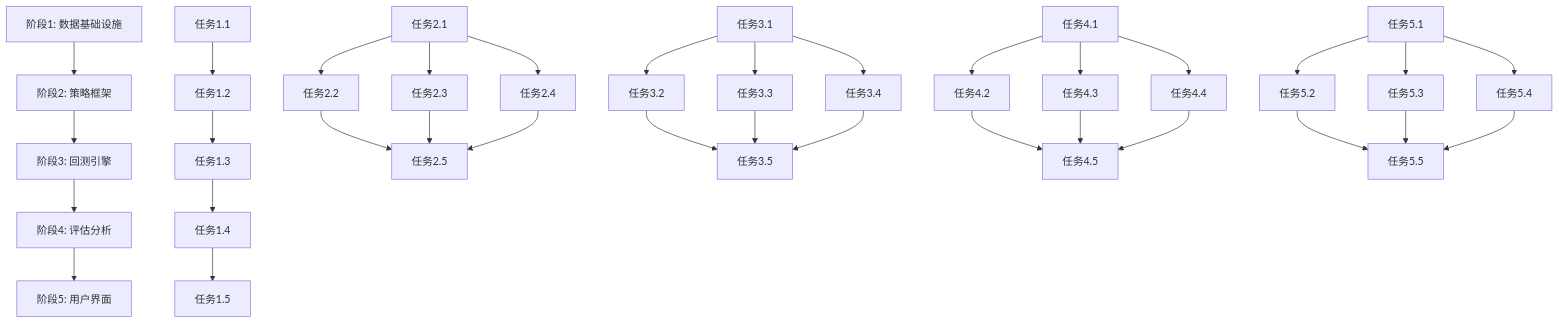
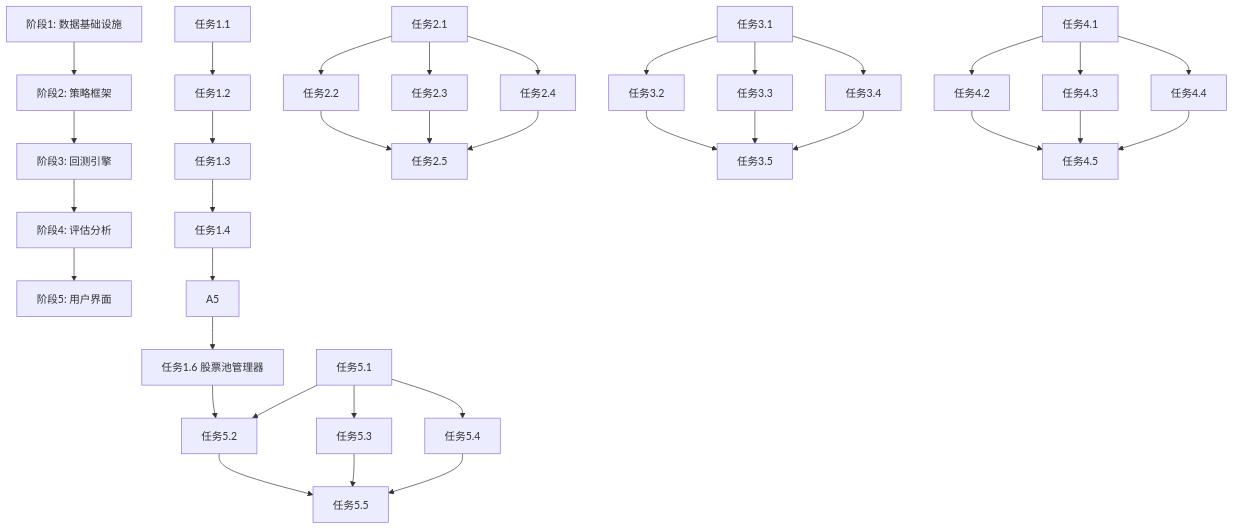
Before and after one commit to miisc/stock-dev: the diagram in doc/tasks.md, drawn with Mermaid. The commit also changed other lines of this file and 11 other files, not shown here.

````diff
--- a/doc/tasks.md
+++ b/doc/tasks.md
@@ -491,40 +526,42 @@
 ```mermaid
 graph TD
     A[阶段1: 数据基础设施] --> B[阶段2: 策略框架]
     B --> C[阶段3: 回测引擎]
     C --> D[阶段4: 评估分析]
     D --> E[阶段5: 用户界面]
     
     A1[任务1.1] --> A2[任务1.2]
     A2 --> A3[任务1.3]
     A3 --> A4[任务1.4]
-    A4 --> A5[任务1.5]
+    A4 --> A5
+    A5 --> A6[任务1.6 股票池管理器]
+    A6 --> E2[任务1.5]
     
     B1[任务2.1] --> B2[任务2.2]
     B1 --> B3[任务2.3]
     B1 --> B4[任务2.4]
     B2 --> B5[任务2.5]
     B3 --> B5
     B4 --> B5
     
     C1[任务3.1] --> C2[任务3.2]
     C1 --> C3[任务3.3]
     C1 --> C4[任务3.4]
     C2 --> C5[任务3.5]
     C3 --> C5
     C4 --> C5
     
     D1[任务4.1] --> D2[任务4.2]
     D1 --> D3[任务4.3]
     D1 --> D4[任务4.4]
     D2 --> D5[任务4.5]
     D3 --> D5
     D4 --> D5
     
     E1[任务5.1] --> E2[任务5.2]
     E1 --> E3[任务5.3]
     E1 --> E4[任务5.4]
     E2 --> E5[任务5.5]
     E3 --> E5
     E4 --> E5
 ```
````
